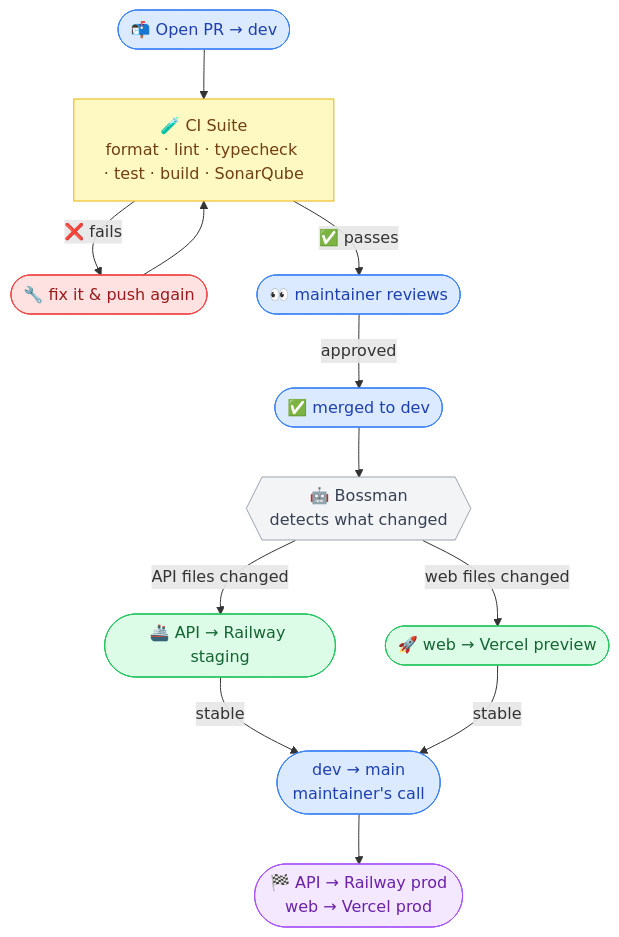
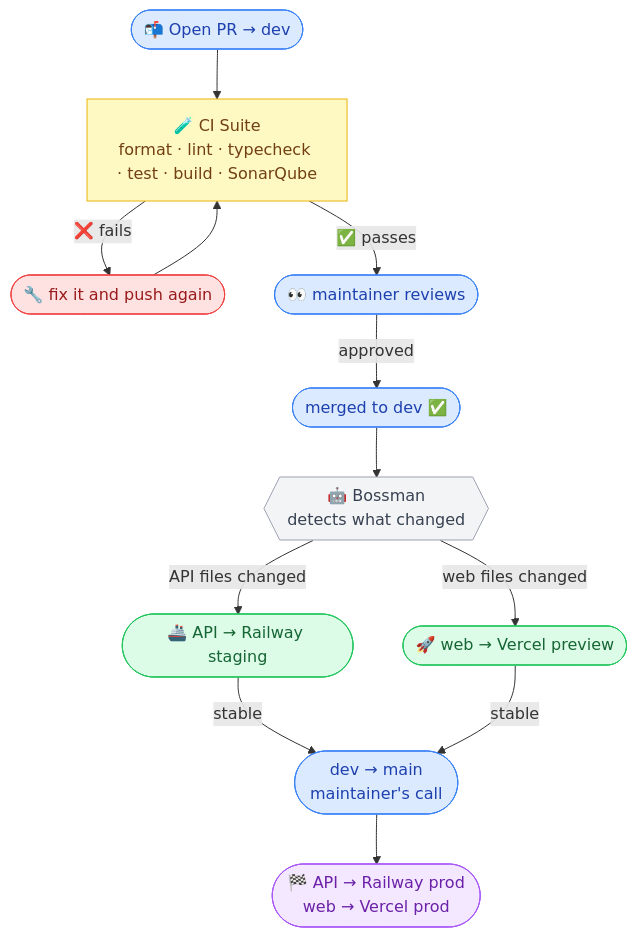
Before and after one commit to aravindasiva/indexfolio: the diagram in CONTRIBUTING.md, drawn with Mermaid. The commit also changed other lines of this file and 5 other files, not shown here.

````diff
--- a/CONTRIBUTING.md
+++ b/CONTRIBUTING.md
@@ -68,20 +68,20 @@
 ```mermaid
 flowchart TD
     PR(["📬 Open PR → dev"]):::blue --> CI["🧪 CI Suite\nformat · lint · typecheck · test · build · SonarQube"]:::yellow
-    CI -- "❌ fails" --> Fix(["🔧 fix it & push again"]):::red
+    CI -- "❌ fails" --> Fix(["🔧 fix it and push again"]):::red
     Fix --> CI
     CI -- "✅ passes" --> Review(["👀 maintainer reviews"]):::blue
-    Review -- "approved" --> Merged(["✅ merged to dev"]):::blue
+    Review -- "approved" --> Merged(["merged to dev ✅"]):::blue
     Merged --> Bossman{{"🤖 Bossman\ndetects what changed"}}:::gray
     Bossman -- "API files changed" --> Staging(["🚢 API → Railway staging"]):::green
     Bossman -- "web files changed" --> Preview(["🚀 web → Vercel preview"]):::green
     Staging & Preview -- "stable" --> Main(["dev → main\nmaintainer's call"]):::blue
     Main --> Prod(["🏁 API → Railway prod\nweb → Vercel prod"]):::purple
 
     classDef blue fill:#dbeafe,stroke:#3b82f6,color:#1e40af
     classDef yellow fill:#fef9c3,stroke:#eab308,color:#713f12
     classDef red fill:#fee2e2,stroke:#ef4444,color:#991b1b
     classDef green fill:#dcfce7,stroke:#22c55e,color:#166534
     classDef gray fill:#f3f4f6,stroke:#9ca3af,color:#374151
     classDef purple fill:#f3e8ff,stroke:#a855f7,color:#6b21a8
 ```
````
